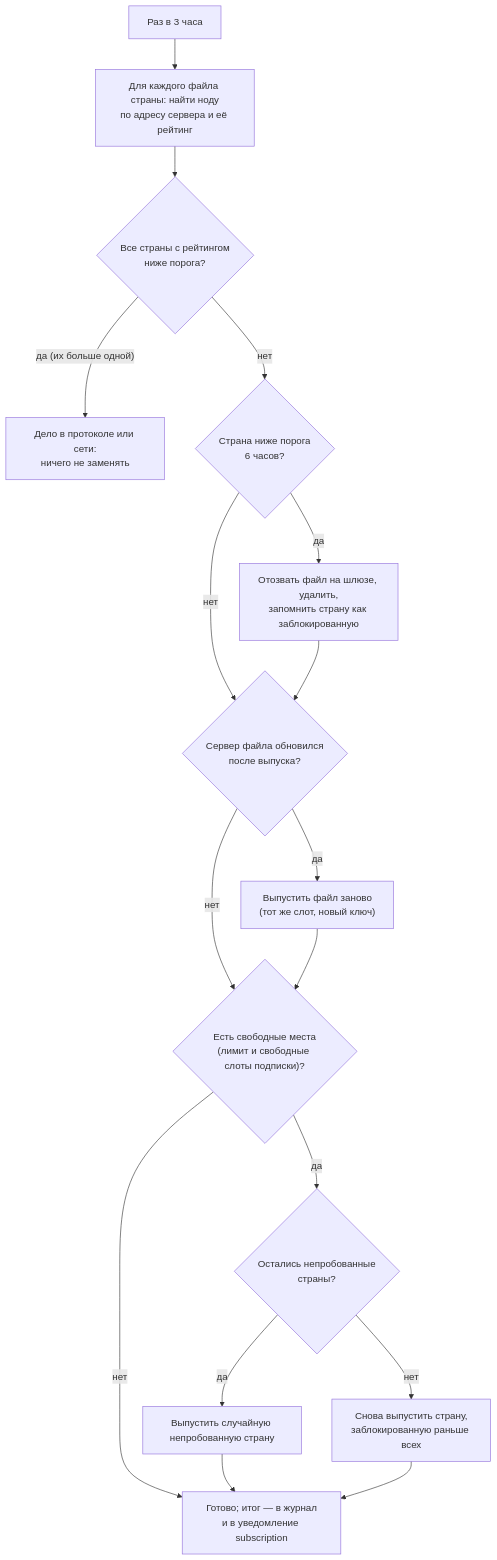
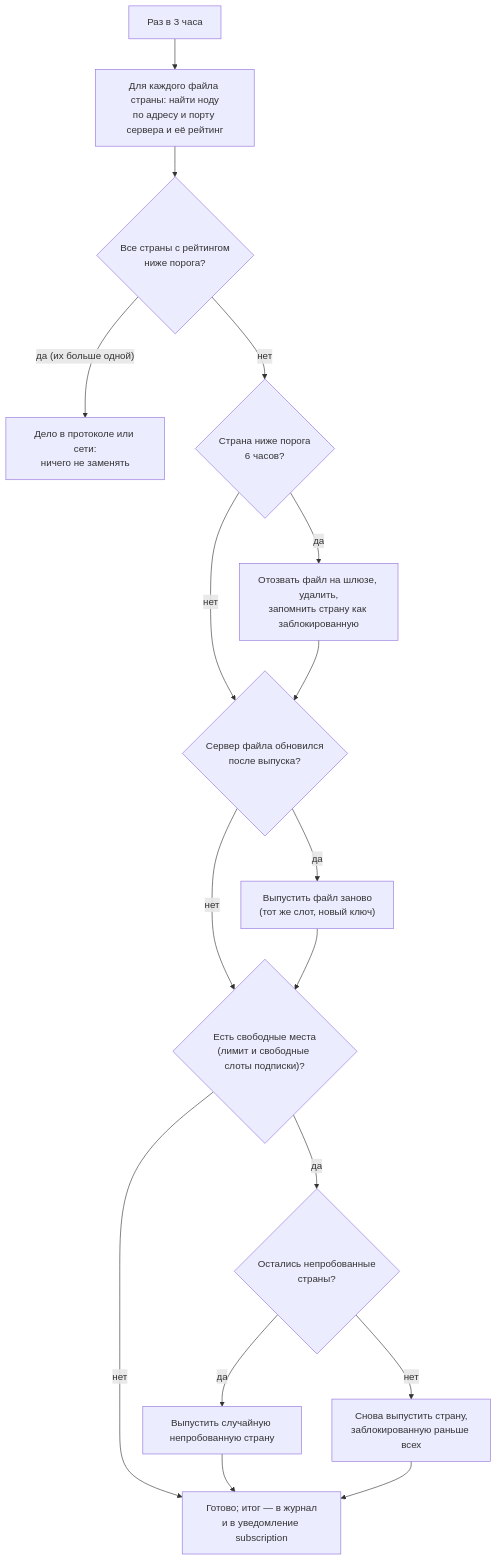
Before and after one commit to ancored/nodes-tester: the diagram in docs/help/subscriptions.ru.md, drawn with Mermaid. The commit also changed 24 other files, not shown here.

````diff
--- a/docs/help/subscriptions.ru.md
+++ b/docs/help/subscriptions.ru.md
@@ -106,19 +106,19 @@
 ```mermaid
 flowchart TD
-    start["Раз в 3 часа"] --> low["Для каждого файла страны: найти ноду<br>по адресу сервера и её рейтинг"]
+    start["Раз в 3 часа"] --> low["Для каждого файла страны: найти ноду<br>по адресу и порту сервера и её рейтинг"]
     low --> all{"Все страны с рейтингом<br>ниже порога?"}
     all -->|"да (их больше одной)"| skip["Дело в протоколе или сети:<br>ничего не заменять"]
     all -->|нет| hold{"Страна ниже порога<br>6 часов?"}
     hold -->|да| revoke["Отозвать файл на шлюзе, удалить,<br>запомнить страну как заблокированную"]
     hold -->|нет| upd
     revoke --> upd{"Сервер файла обновился<br>после выпуска?"}
     upd -->|да| reissue["Выпустить файл заново<br>(тот же слот, новый ключ)"]
     upd -->|нет| free
     reissue --> free{"Есть свободные места<br>(лимит и свободные слоты подписки)?"}
     free -->|нет| done["Готово; итог — в журнал<br>и в уведомление subscription"]
     free -->|да| untried{"Остались непробованные<br>страны?"}
     untried -->|да| rnd["Выпустить случайную непробованную страну"]
     untried -->|нет| oldest["Снова выпустить страну,<br>заблокированную раньше всех"]
     rnd --> done
     oldest --> done
 ```
````
